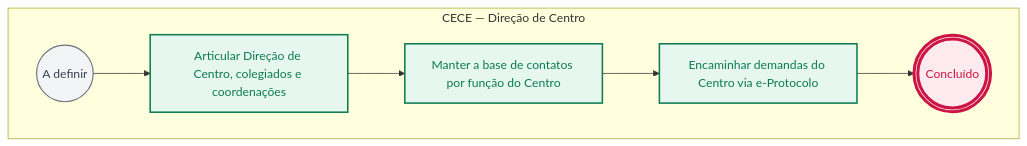
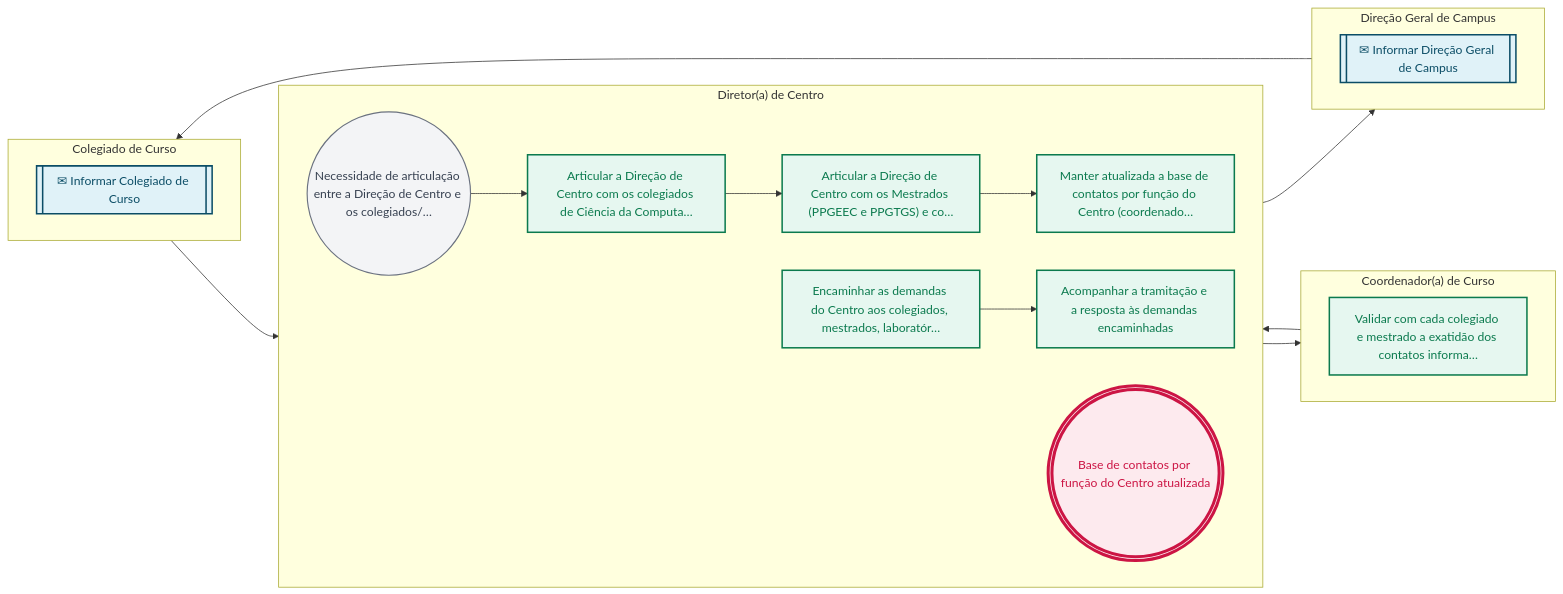
Before and after one commit to jessefers/canvas-vivo-atdg: the second of 2 diagrams in pops/CECE/CECE-00.md, drawn with Mermaid. The commit also changed other lines of this file and 9 other files, not shown here.

````diff
--- a/pops/CECE/CECE-00.md
+++ b/pops/CECE/CECE-00.md
@@ -116,24 +149,44 @@
 ```mermaid
 flowchart LR
-  subgraph R1["CECE — Direção de Centro"]
+  subgraph R1["Diretor(a) de Centro"]
     direction LR
-    e1(("A definir"))
-    e2["Articular Direção de Centro, colegiados e coordenações"]
-    e3["Manter a base de contatos por função do Centro"]
-    e4["Encaminhar demandas do Centro via e-Protocolo"]
-    e5((("Concluído")))
+    e1(("Necessidade de articulação entre a Direção de Centro e os colegiados/…"))
+    e2["Articular a Direção de Centro com os colegiados de Ciência da Computa…"]
+    e3["Articular a Direção de Centro com os Mestrados (PPGEEC e PPGTGS) e co…"]
+    e4["Manter atualizada a base de contatos por função do Centro (coordenado…"]
+    e6["Encaminhar as demandas do Centro aos colegiados, mestrados, laboratór…"]
+    e7["Acompanhar a tramitação e a resposta às demandas encaminhadas"]
+    e10((("Base de contatos por função do Centro atualizada")))
+  end
+  subgraph R2["Coordenador(a) de Curso"]
+    direction LR
+    e5["Validar com cada colegiado e mestrado a exatidão dos contatos informa…"]
+  end
+  subgraph R3["Direção Geral de Campus"]
+    direction LR
+    e8[["✉ Informar Direção Geral de Campus"]]
+  end
+  subgraph R4["Colegiado de Curso"]
+    direction LR
+    e9[["✉ Informar Colegiado de Curso"]]
   end
   e1 --> e2
   e2 --> e3
   e3 --> e4
   e4 --> e5
+  e5 --> e6
+  e6 --> e7
+  e7 --> e8
+  e8 --> e9
+  e9 --> e10
   classDef inicio fill:#f3f4f6,stroke:#6b7280,stroke-width:1.5px,color:#374151
   classDef atividade fill:#E6F7F0,stroke:#0B7A4E,stroke-width:2px,color:#0B7A4E
   classDef decisao fill:#FFF4ED,stroke:#C9783A,stroke-width:2px,color:#C9783A
   classDef fim fill:#FDEAEE,stroke:#CC1544,stroke-width:4px,color:#CC1544
   classDef pausa fill:#FDEAEE,stroke:#CC1544,stroke-width:2px,color:#CC1544
   classDef captura fill:#E0F2F8,stroke:#0B4D66,stroke-width:2px,color:#0B4D66
   class e1 inicio
-  class e2,e3,e4 atividade
-  class e5 fim
+  class e2,e3,e4,e5,e6,e7 atividade
+  class e8,e9 captura
+  class e10 fim
 ```
````
